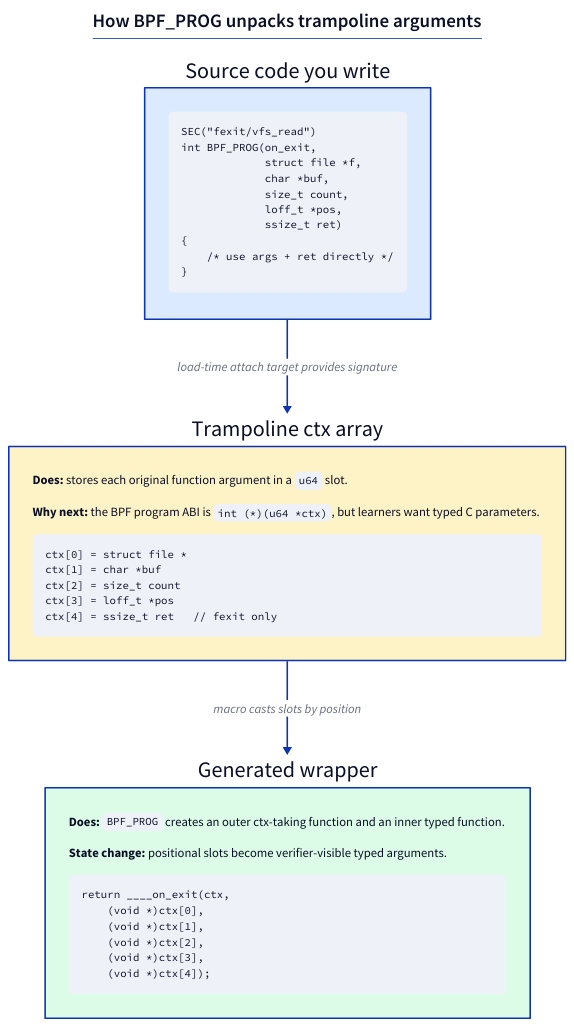
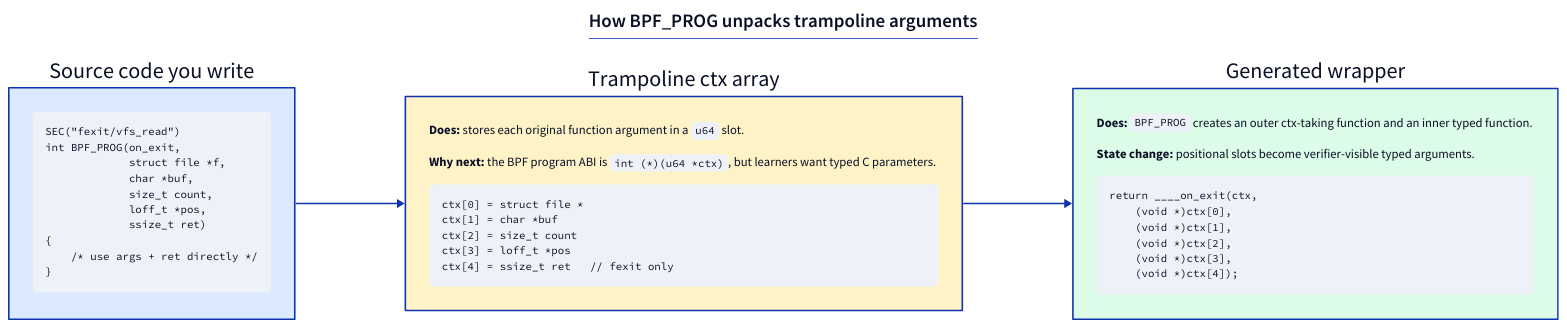
One commit to biefy/books changed the diagram in ebpf/src/diagrams/src/day07_bpf_prog_expansion.d2. Above: the diagram before and after it, drawn with D2. The commit also changed 23 other files, not shown here.

First line of the commit message:
Improve diagram rendered readability

````diff
--- a/ebpf/src/diagrams/src/day07_bpf_prog_expansion.d2
+++ b/ebpf/src/diagrams/src/day07_bpf_prog_expansion.d2
@@ -1,67 +1,67 @@
-direction: down
+direction: right
 
 title: |md
   ## How BPF_PROG unpacks trampoline arguments
 | {near: top-center; shape: text}
 
 src: "Source code you write" {
   style.fill: "#dbeafe"
   src_code: |md
     ```c
     SEC("fexit/vfs_read")
     int BPF_PROG(on_exit,
                  struct file *f,
                  char *buf,
                  size_t count,
                  loff_t *pos,
                  ssize_t ret)
     {
         /* use args + ret directly */
     }
     ```
   |
 }
 
 ctx: "Trampoline ctx array" {
   style.fill: "#fef3c7"
   body: |md
     **Does:** stores each original function
     argument in a `u64` slot.
 
     **Why next:** the BPF program ABI is
     `int (*)(u64 *ctx)`, but learners want
     typed C parameters.
 
     ```
     ctx[0] = struct file *
     ctx[1] = char *buf
     ctx[2] = size_t count
     ctx[3] = loff_t *pos
     ctx[4] = ssize_t ret   // fexit only
     ```
   |
 }
 
 expanded: "Generated wrapper" {
   style.fill: "#dcfce7"
   body: |md
     **Does:** `BPF_PROG` creates an outer
     ctx-taking function and an inner typed
     function.
 
     **State change:** positional slots become
     verifier-visible typed arguments.
 
     ```c
     return ____on_exit(ctx,
         (void *)ctx[0],
         (void *)ctx[1],
         (void *)ctx[2],
         (void *)ctx[3],
         (void *)ctx[4]);
     ```
   |
 }
 
-src -> ctx: "load-time attach target provides signature"
-ctx -> expanded: "macro casts slots by position"
+src -> ctx
+ctx -> expanded
````
